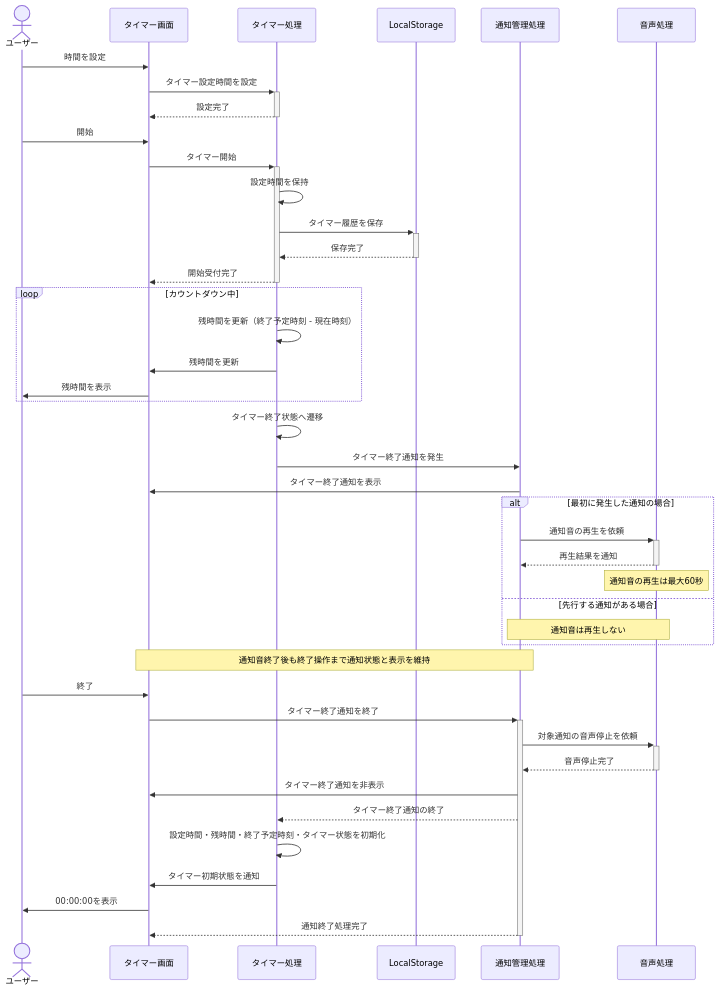
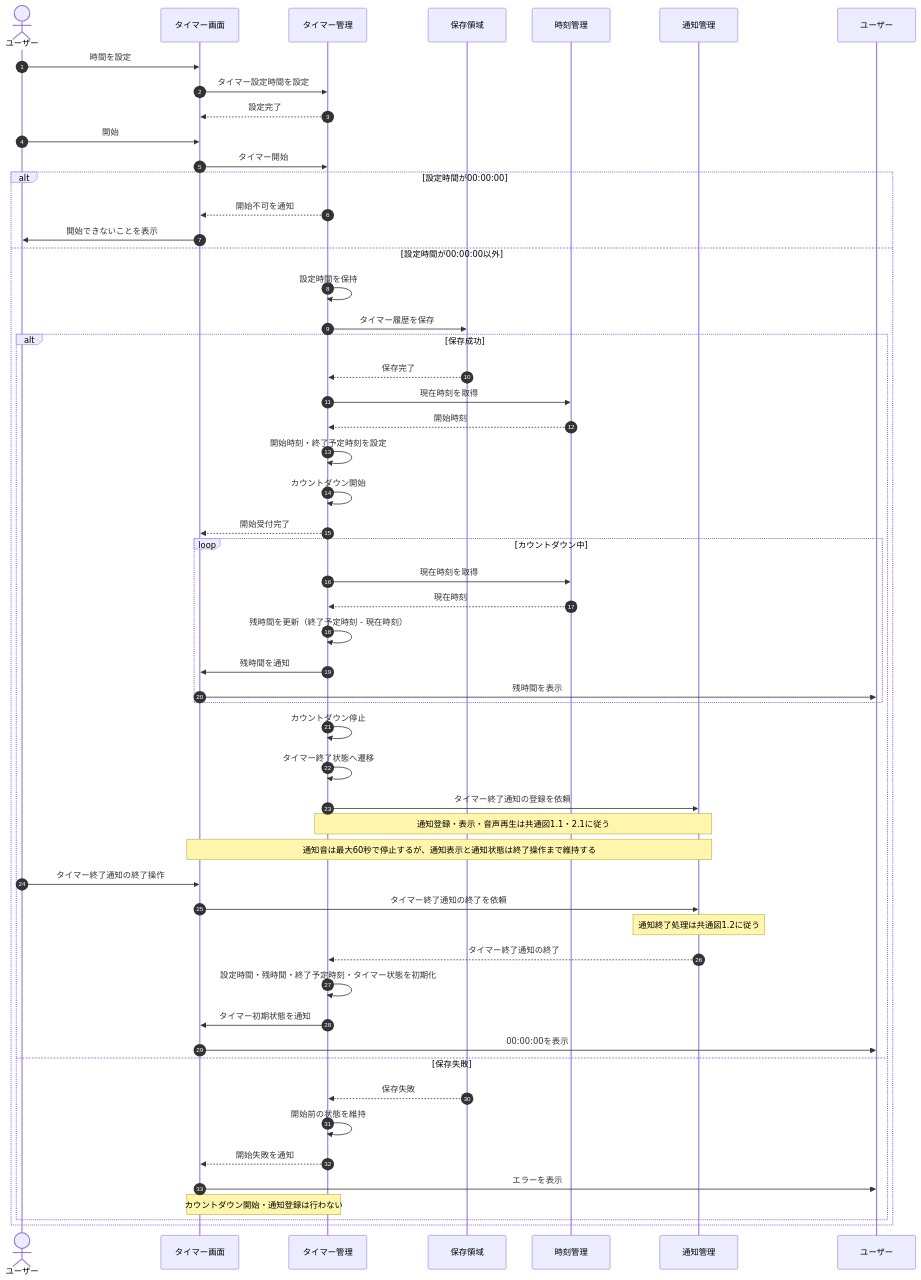
One commit to shun62201234-crypto/timerApplication changed the first of 5 diagrams in document/設計/シーケンス図/タイマーシーケンス図.md. Above: the diagram before and after it, drawn with Mermaid. The commit also changed other lines of this file and 2 other files, not shown here.

First line of the commit message:
シーケンス図を修正（共通・アラーム・タイマー）

````diff
--- a/document/設計/シーケンス図/タイマーシーケンス図.md
+++ b/document/設計/シーケンス図/タイマーシーケンス図.md
@@ -3,54 +3,66 @@
 ```mermaid
 sequenceDiagram
-    actor ユーザー
+    autonumber
+    actor User as ユーザー
     participant UI as タイマー画面
-    participant Timer as タイマー処理
-    participant Storage as LocalStorage
-    participant Notify as 通知管理処理
-    participant Audio as 音声処理
+    participant Timer as タイマー管理
+    participant Storage as 保存領域
+    participant Clock as 時刻管理
+    participant Notify as 通知管理
 
-    ユーザー->>UI: 時間を設定
-    UI->>+Timer: タイマー設定時間を設定
-    Timer-->>-UI: 設定完了
+    User->>UI: 時間を設定
+    UI->>Timer: タイマー設定時間を設定
+    Timer-->>UI: 設定完了
 
-    ユーザー->>UI: 開始
-    UI->>+Timer: タイマー開始
-    Timer->>Timer: 設定時間を保持
+    User->>UI: 開始
+    UI->>Timer: タイマー開始
 
-    Timer->>+Storage: タイマー履歴を保存
-    Storage-->>-Timer: 保存完了
+    alt 設定時間が00:00:00
+        Timer-->>UI: 開始不可を通知
+        UI->>User: 開始できないことを表示
 
-    Timer-->>-UI: 開始受付完了
+    else 設定時間が00:00:00以外
+        Timer->>Timer: 設定時間を保持
+        Timer->>Storage: タイマー履歴を保存
 
-    loop カウントダウン中
-        Timer->>Timer: 残時間を更新（終了予定時刻 - 現在時刻）
-        Timer->>UI: 残時間を更新
-        UI->>ユーザー: 残時間を表示
+        alt 保存成功
+            Storage-->>Timer: 保存完了
+            Timer->>Clock: 現在時刻を取得
+            Clock-->>Timer: 開始時刻
+            Timer->>Timer: 開始時刻・終了予定時刻を設定
+            Timer->>Timer: カウントダウン開始
+            Timer-->>UI: 開始受付完了
+
+            loop カウントダウン中
+                Timer->>Clock: 現在時刻を取得
+                Clock-->>Timer: 現在時刻
+                Timer->>Timer: 残時間を更新（終了予定時刻 - 現在時刻）
+                Timer->>UI: 残時間を通知
+                UI->>ユーザー: 残時間を表示
+            end
+
+            Timer->>Timer: カウントダウン停止
+            Timer->>Timer: タイマー終了状態へ遷移
+            Timer->>Notify: タイマー終了通知の登録を依頼
+            Note over Timer,Notify: 通知登録・表示・音声再生は共通図1.1・2.1に従う
+            Note over Notify,UI: 通知音は最大60秒で停止するが、通知表示と通知状態は終了操作まで維持する
+
+            User->>UI: タイマー終了通知の終了操作
+            UI->>Notify: タイマー終了通知の終了を依頼
+            Note over Notify: 通知終了処理は共通図1.2に従う
+            Notify-->>Timer: タイマー終了通知の終了
+
+            Timer->>Timer: 設定時間・残時間・終了予定時刻・タイマー状態を初期化
+            Timer->>UI: タイマー初期状態を通知
+            UI->>ユーザー: 00:00:00を表示
+
+        else 保存失敗
+            Storage-->>Timer: 保存失敗
+            Timer->>Timer: 開始前の状態を維持
+            Timer-->>UI: 開始失敗を通知
+            UI->>ユーザー: エラーを表示
+            Note over Timer,UI: カウントダウン開始・通知登録は行わない
+        end
     end
 
-    Timer->>Timer: タイマー終了状態へ遷移
-    Timer->>Notify: タイマー終了通知を発生
-    Notify->>UI: タイマー終了通知を表示
-
-    alt 最初に発生した通知の場合
-        Notify->>+Audio: 通知音の再生を依頼
-        Audio-->>-Notify: 再生結果を通知
-        Note over Audio: 通知音の再生は最大60秒
-    else 先行する通知がある場合
-        Note over Notify,Audio: 通知音は再生しない
-    end
-
-    Note over Notify,UI: 通知音終了後も終了操作まで通知状態と表示を維持
-
-    ユーザー->>UI: 終了
-    UI->>+Notify: タイマー終了通知を終了
-    Notify->>+Audio: 対象通知の音声停止を依頼
-    Audio-->>-Notify: 音声停止完了
-    Notify->>UI: タイマー終了通知を非表示
-    Notify-->>Timer: タイマー終了通知の終了
-
-    Timer->>Timer: 設定時間・残時間・終了予定時刻・タイマー状態を初期化
-    Timer->>UI: タイマー初期状態を通知
-    UI->>ユーザー: 00:00:00を表示
-    Notify-->>-UI: 通知終了処理完了
 ```
````
